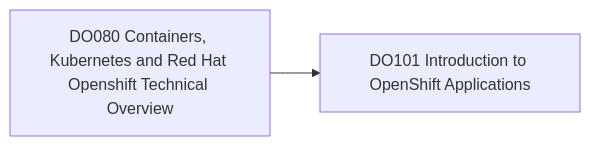
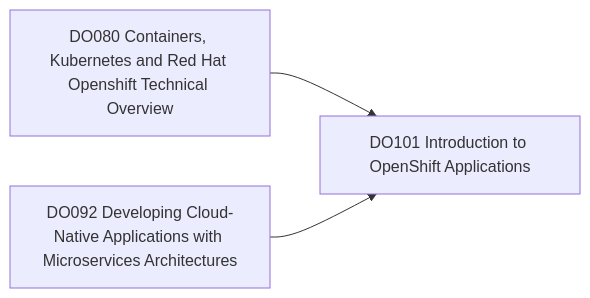
One commit to jland-redhat/markdown-material changed the diagram in docs/app_development_containers_fancy copy.md. Above: the diagram before and after it, drawn with Mermaid.

````diff
--- a/docs/app_development_containers_fancy copy.md
+++ b/docs/app_development_containers_fancy copy.md
@@ -3,4 +3,5 @@
 ``` mermaid
 graph LR
   A[DO080 Containers, Kubernetes and Red Hat Openshift Technical Overview] --> C[DO101 Introduction to OpenShift Applications];
+  B[DO092 Developing Cloud-Native Applications with Microservices Architectures] --> C;
 ```
````
